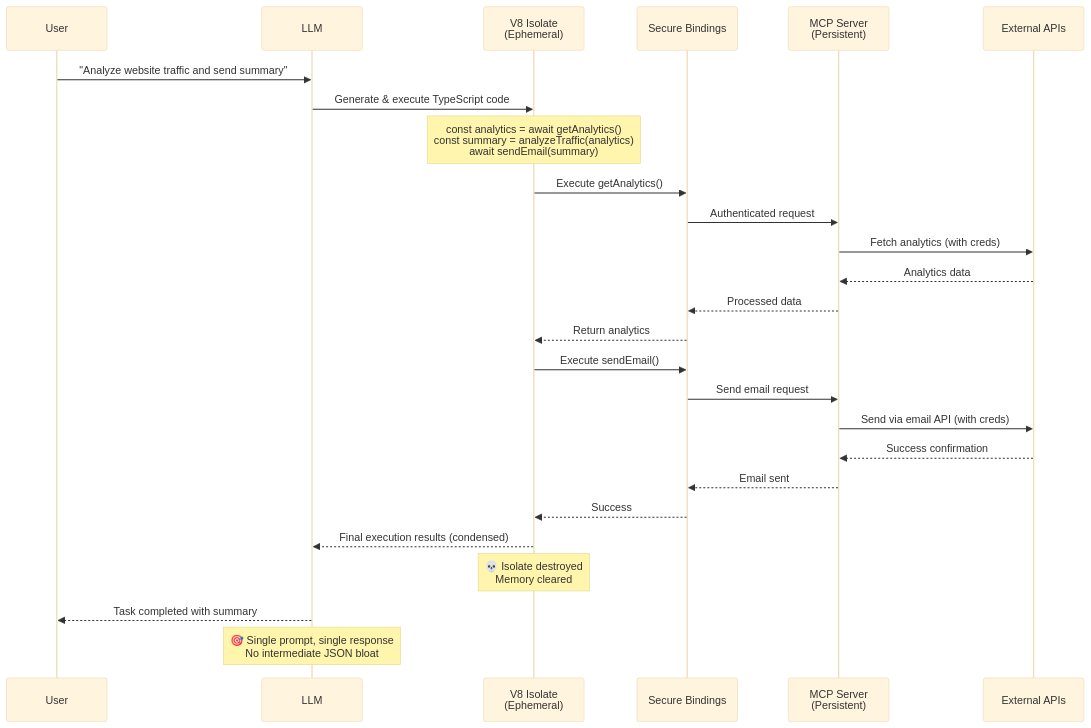
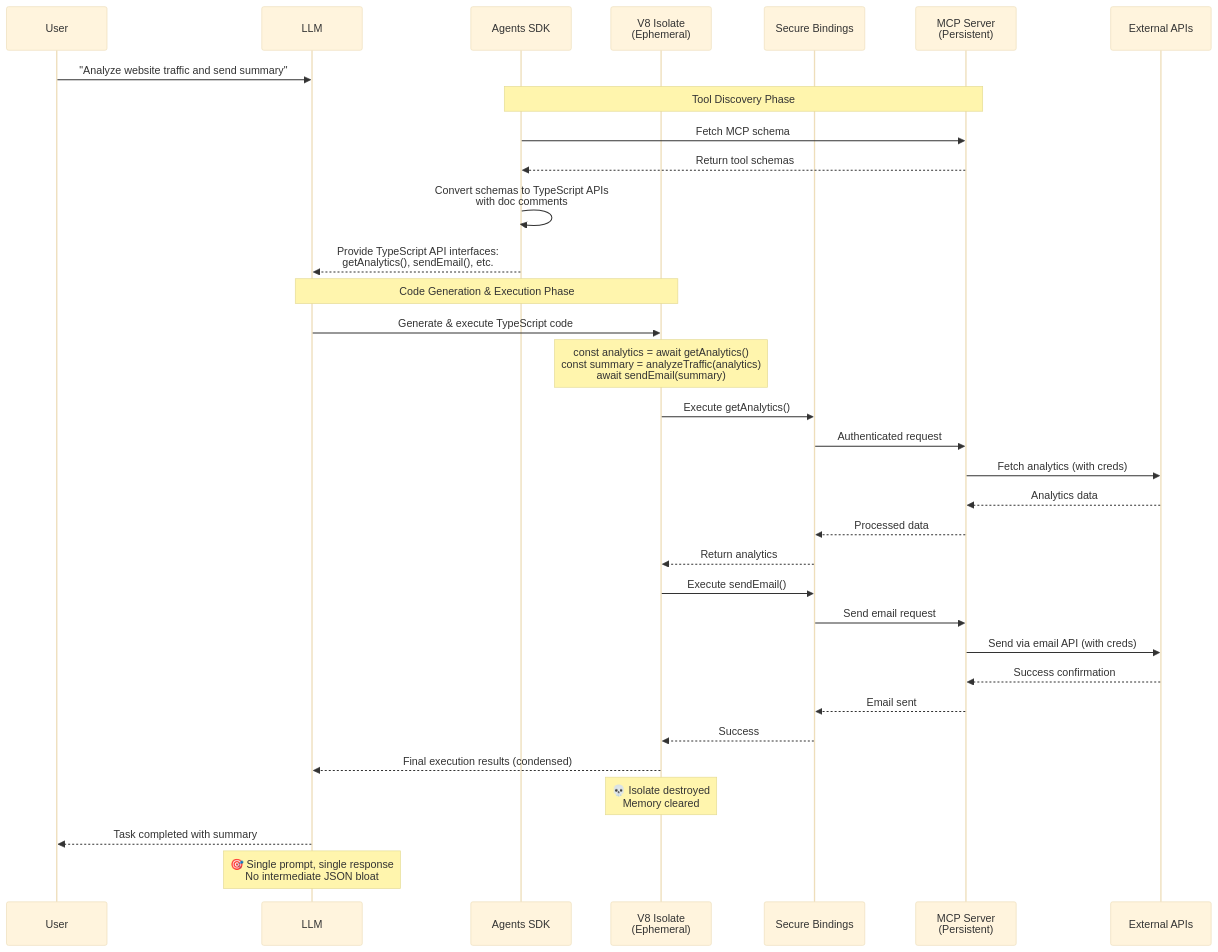
Before and after one commit to nibzard/awesome-agentic-patterns: the diagram in patterns/code-first-tool-interface-pattern.md, drawn with Mermaid (base theme). The commit also changed other lines of this file and 3 other files, not shown here.

First line of the commit message:
Enhance Code Mode MCP Tool Interface Pattern with real-world insights

````diff
--- a/patterns/code-first-tool-interface-pattern.md
+++ b/patterns/code-first-tool-interface-pattern.md
@@ -63,33 +145,42 @@
 ```mermaid
 sequenceDiagram
     participant User
     participant LLM
+    participant AgentsSDK as Agents SDK
     participant V8Isolate as V8 Isolate<br/>(Ephemeral)
     participant Bindings as Secure Bindings
     participant MCPServer as MCP Server<br/>(Persistent)
     participant ExternalAPIs as External APIs
 
     User->>LLM: "Analyze website traffic and send summary"
+
+    Note over AgentsSDK,MCPServer: Tool Discovery Phase
+    AgentsSDK->>MCPServer: Fetch MCP schema
+    MCPServer-->>AgentsSDK: Return tool schemas
+    AgentsSDK->>AgentsSDK: Convert schemas to TypeScript APIs<br/>with doc comments
+    AgentsSDK-->>LLM: Provide TypeScript API interfaces:<br/>getAnalytics(), sendEmail(), etc.
+
+    Note over LLM,V8Isolate: Code Generation & Execution Phase
     LLM->>V8Isolate: Generate & execute TypeScript code
     Note over V8Isolate: const analytics = await getAnalytics()<br/>const summary = analyzeTraffic(analytics)<br/>await sendEmail(summary)
 
     V8Isolate->>Bindings: Execute getAnalytics()
     Bindings->>MCPServer: Authenticated request
     MCPServer->>ExternalAPIs: Fetch analytics (with creds)
     ExternalAPIs-->>MCPServer: Analytics data
     MCPServer-->>Bindings: Processed data
     Bindings-->>V8Isolate: Return analytics
 
     V8Isolate->>Bindings: Execute sendEmail()
     Bindings->>MCPServer: Send email request
     MCPServer->>ExternalAPIs: Send via email API (with creds)
     ExternalAPIs-->>MCPServer: Success confirmation
     MCPServer-->>Bindings: Email sent
     Bindings-->>V8Isolate: Success
 
     V8Isolate-->>LLM: Final execution results (condensed)
     Note over V8Isolate: 💀 Isolate destroyed<br/>Memory cleared
     LLM-->>User: Task completed with summary
 
     Note over LLM: 🎯 Single prompt, single response<br/>No intermediate JSON bloat
 ```
````
